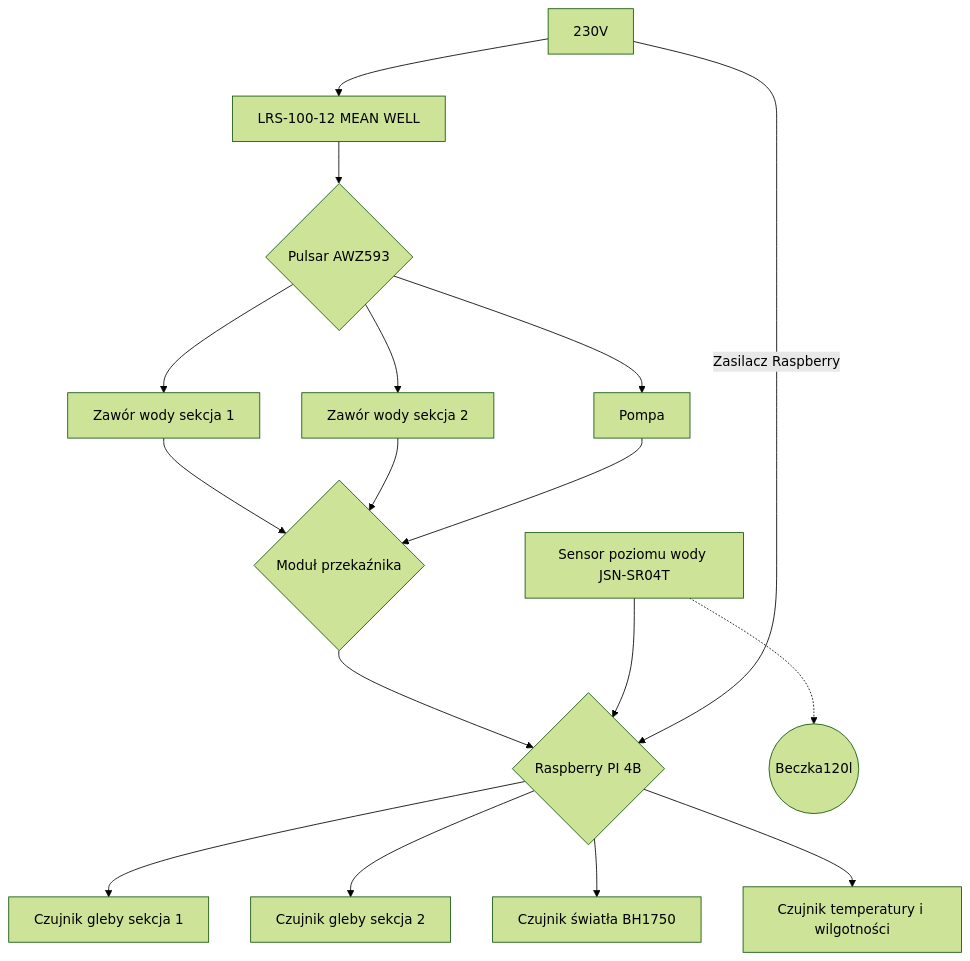
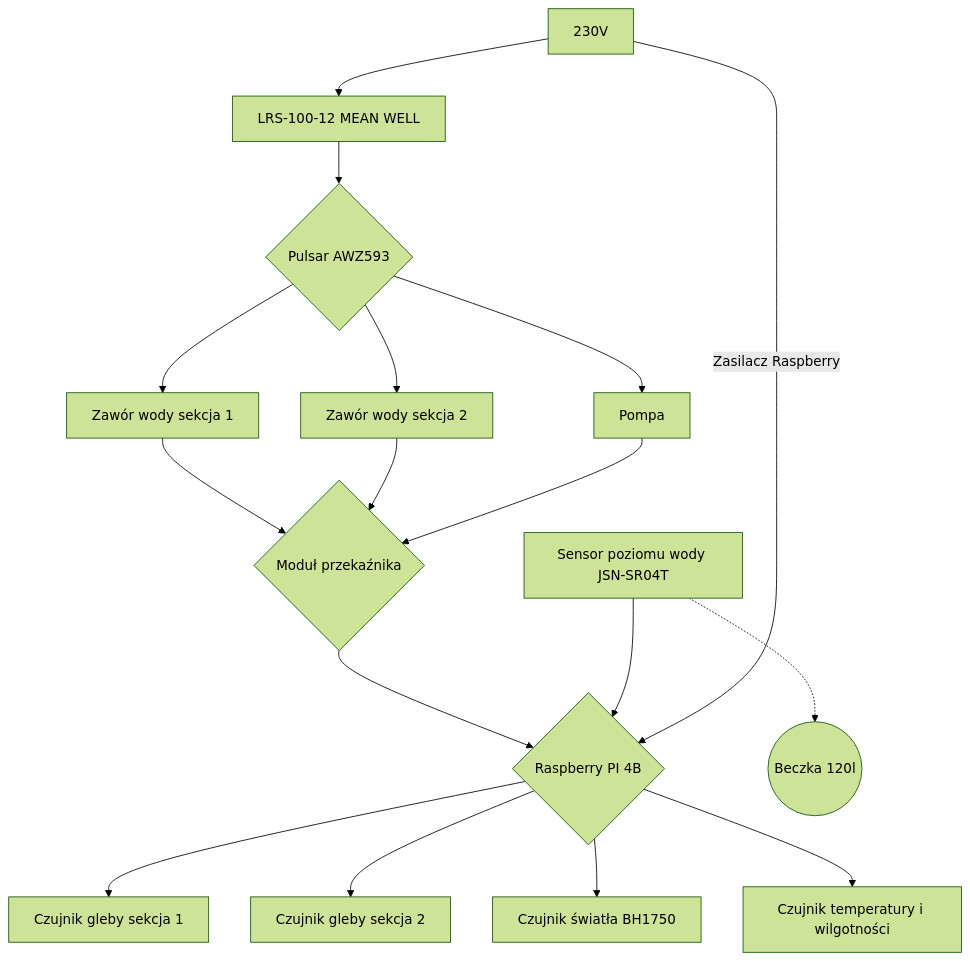
One commit to GrzegorzBanaszak/GreenTwin changed the diagram in Readme.md. Above: the diagram before and after it, drawn with Mermaid (forest theme).

Commit message:
Fix Mermaid diagram formatting in Readme.md
Correct formatting and spacing in the Mermaid diagram.

````diff
--- a/Readme.md
+++ b/Readme.md
@@ -55,20 +55,20 @@
-```Mermaid
+```mermaid
 graph TD
-  Zasilanie[230V] --> Przetwornik[ LRS-100-12 MEAN WELL]
+  Zasilanie[230V] --> Przetwornik[LRS-100-12 MEAN WELL]
   Przetwornik --> Rozgałęźnik{Pulsar AWZ593}
   Rozgałęźnik --> Pompa
   Rozgałęźnik --> Zawór1
   Rozgałęźnik --> Zawór2
   Zawór1[Zawór wody sekcja 1] --> Sterowanie
   Zawór2[Zawór wody sekcja 2] --> Sterowanie
   Pompa --> Sterowanie
   Sterowanie{Moduł przekaźnika} --> Raspberry
   CzujnikWody[Sensor poziomu wody JSN-SR04T] --> Raspberry
-  Beczka((Beczka120l))
+  Beczka((Beczka 120l))
   CzujnikWody -.-> Beczka
-  Zasilanie --"Zasilacz Raspberry" --> Raspberry{Raspberry PI 4B}
+  Zasilanie -- "Zasilacz Raspberry" --> Raspberry{Raspberry PI 4B}
   Raspberry --> Gleby1[Czujnik gleby sekcja 1]
   Raspberry --> Gleby2[Czujnik gleby sekcja 2]
   Raspberry --> Światło[Czujnik światła BH1750]
   Raspberry --> Atmosfera[Czujnik temperatury i wilgotności]
 ```
````
